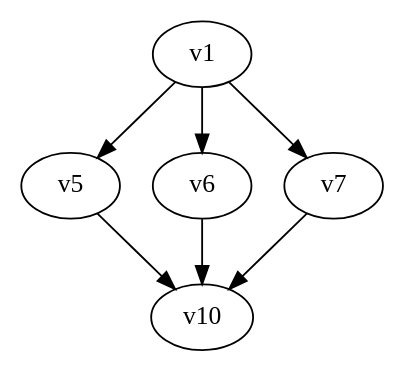
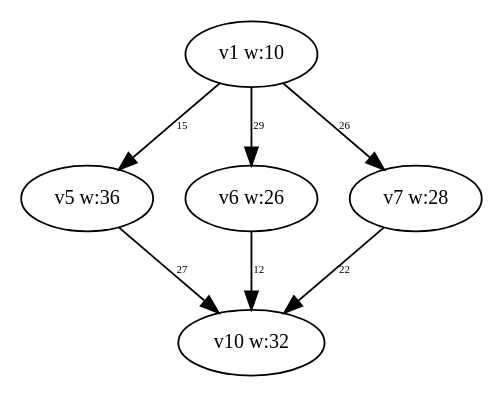
The diagram in PythonApplication1/PythonApplication1/test-output/slika_5_Simplified.gv (dexters1/Task-Scheduling-Based-on-Genetic-Algorithms), drawn with Graphviz before and after one commit. The commit also changed 45 other files, not shown here.

```diff
--- a/PythonApplication1/PythonApplication1/test-output/slika_5_Simplified.gv
+++ b/PythonApplication1/PythonApplication1/test-output/slika_5_Simplified.gv
@@ -1,14 +1,13 @@
-// slika_5_Simplified.gv
 digraph {
-	v1 [label=v1]
-	v5 [label=v5]
-	v6 [label=v6]
-	v7 [label=v7]
-	v10 [label=v10]
-	v1 -> v5 [constraint=true]
-	v1 -> v6 [constraint=true]
-	v1 -> v7 [constraint=true]
-	v5 -> v10 [constraint=true]
-	v6 -> v10 [constraint=true]
-	v7 -> v10 [constraint=true]
+	v1 [label="v1 w:10" fontsize=11.0]
+	v5 [label="v5 w:36" fontsize=11.0]
+	v6 [label="v6 w:26" fontsize=11.0]
+	v7 [label="v7 w:28" fontsize=11.0]
+	v10 [label="v10 w:32" fontsize=11.0]
+	v1 -> v5 [label=15 constraint=true fontsize=6.0]
+	v1 -> v6 [label=29 constraint=true fontsize=6.0]
+	v1 -> v7 [label=26 constraint=true fontsize=6.0]
+	v5 -> v10 [label=27 constraint=true fontsize=6.0]
+	v6 -> v10 [label=12 constraint=true fontsize=6.0]
+	v7 -> v10 [label=22 constraint=true fontsize=6.0]
 }
```
